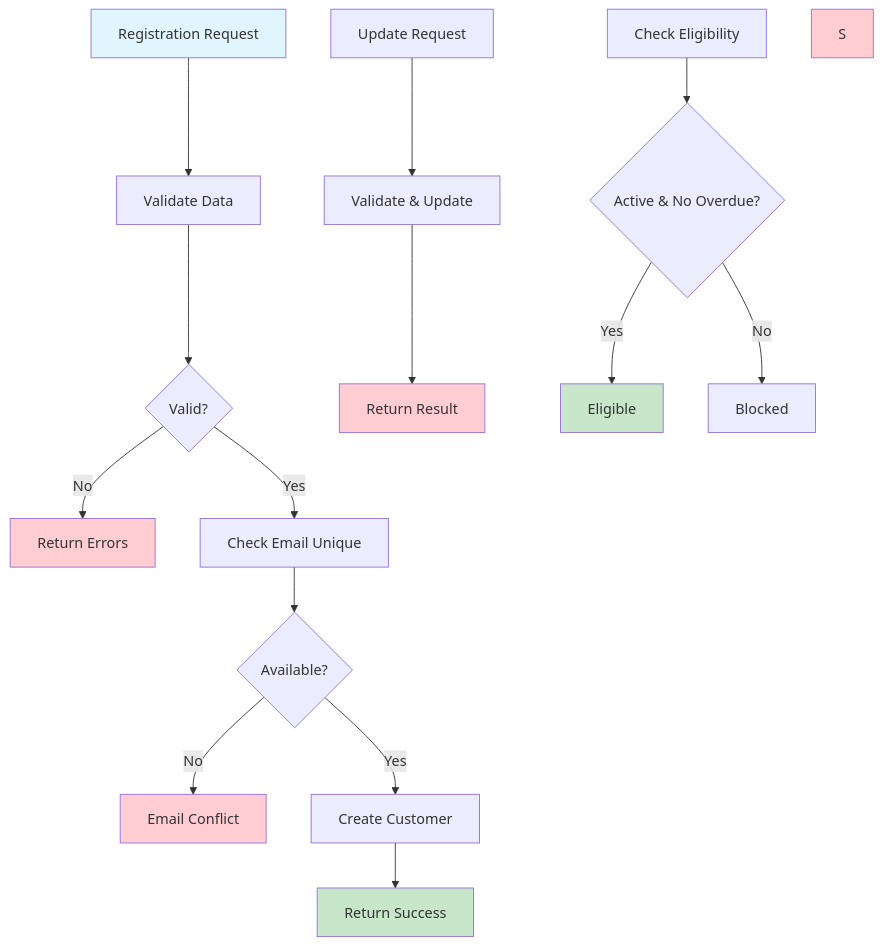
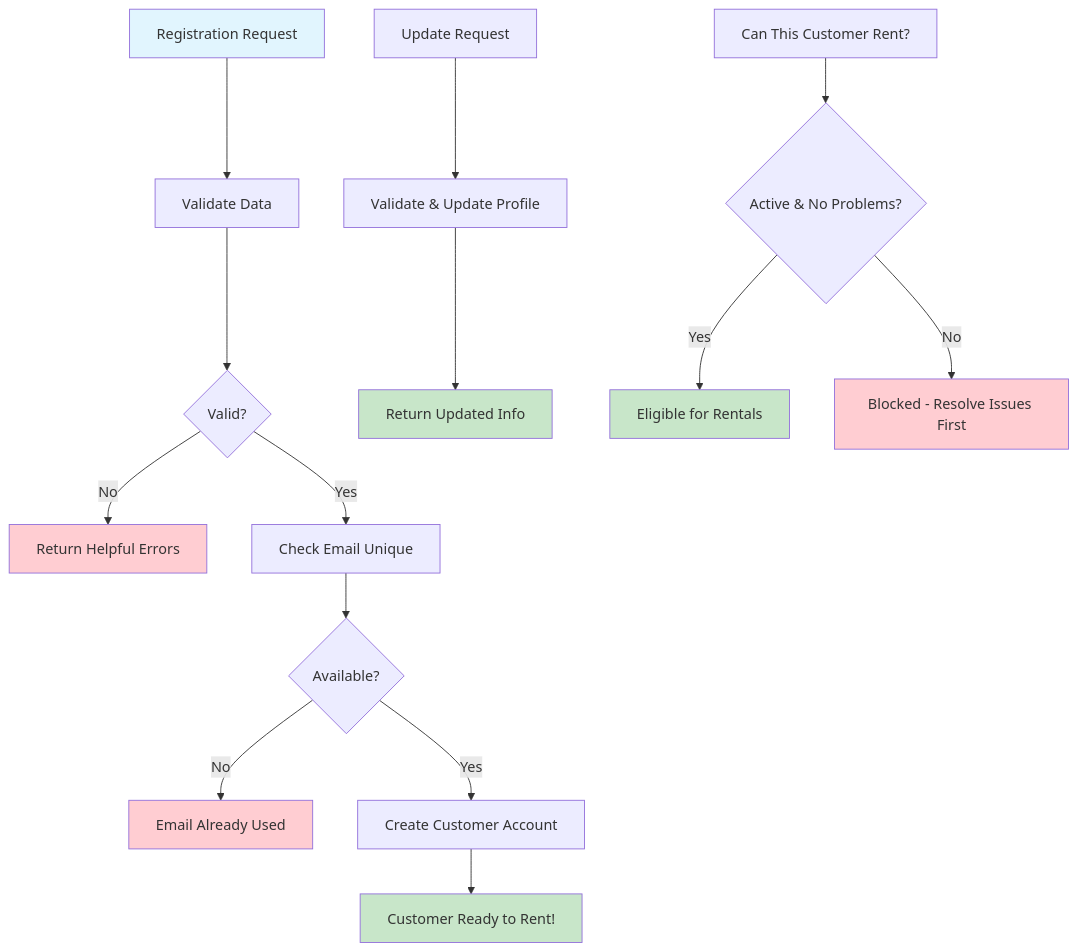
Before and after one commit to tiberius-s/video-rental-demo: the diagram in diagrams/workflows/01-customer-registration-workflow.md, drawn with Mermaid. The commit also changed other lines of this file and 21 other files, not shown here.

````diff
--- a/diagrams/workflows/01-customer-registration-workflow.md
+++ b/diagrams/workflows/01-customer-registration-workflow.md
@@ -18,29 +30,28 @@
 ```mermaid
 flowchart TD
     A[Registration Request] --> B[Validate Data]
     B --> C{Valid?}
-    C -->|No| D[Return Errors]
+    C -->|No| D[Return Helpful Errors]
     C -->|Yes| E[Check Email Unique]
     E --> F{Available?}
-    F -->|No| G[Email Conflict]
-    F -->|Yes| H[Create Customer]
-    H --> I[Return Success]
+    F -->|No| G[Email Already Used]
+    F -->|Yes| H[Create Customer Account]
+    H --> I[Customer Ready to Rent!]
 
-    %% Update workflow
-    J[Update Request] --> K[Validate & Update]
-    K --> L[Return Result]
+    %% Profile Updates
+    J[Update Request] --> K[Validate & Update Profile]
+    K --> L[Return Updated Info]
 
-    %% Eligibility check
-    M[Check Eligibility] --> N{Active & No Overdue?}
-    N -->|Yes| O[Eligible]
-    N -->|No| P[Blocked]
+    %% Business Capability Check
+    M[Can This Customer Rent?] --> N{Active & No Problems?}
+    N -->|Yes| O[Eligible for Rentals]
+    N -->|No| P[Blocked - Resolve Issues First]
 
     style A fill:#e1f5fe
     style I fill:#c8e6c9
     style L fill:#c8e6c9
     style O fill:#c8e6c9
     style D fill:#ffcdd2
     style G fill:#ffcdd2
-    style L fill:#ffcdd2
-    style S fill:#ffcdd2
+    style P fill:#ffcdd2
 ```
````
